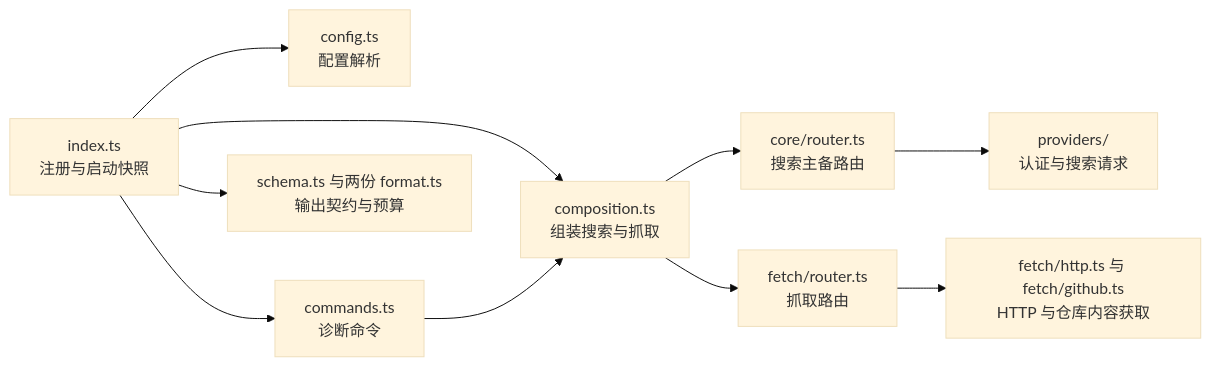
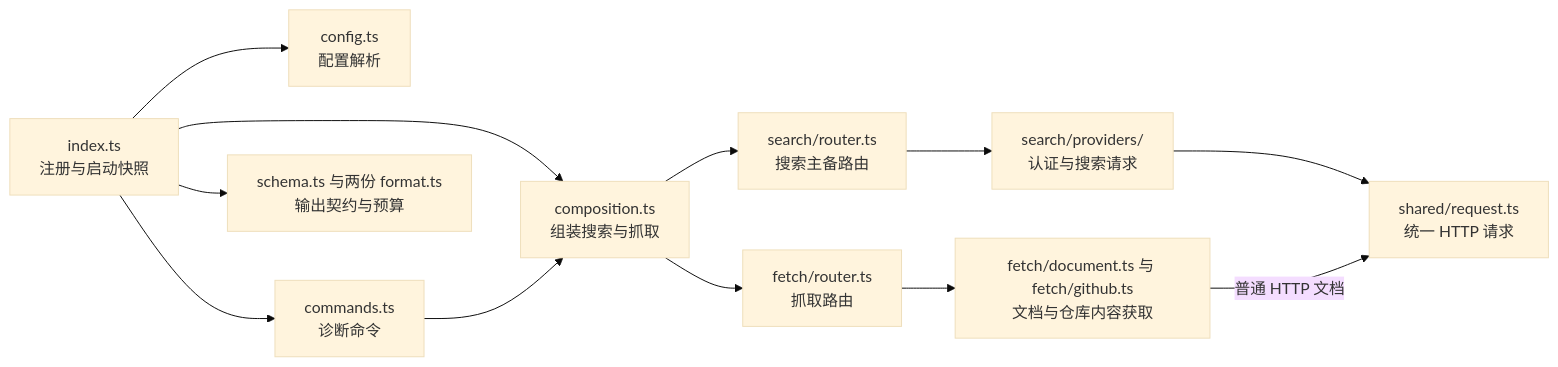
Before and after one commit to aqua2k1/pi-kits: the first of 3 diagrams in extensions/pi-web-kits/docs/architecture.md, drawn with Mermaid (base theme). The commit also changed other lines of this file and 45 other files, not shown here.

Commit message:
refactor(web-kits): unify HTTP requests and organize search modules

````diff
--- a/extensions/pi-web-kits/docs/architecture.md
+++ b/extensions/pi-web-kits/docs/architecture.md
@@ -7,12 +7,14 @@
 ```mermaid
 flowchart LR
   entry["index.ts<br/>注册与启动快照"] --> config["config.ts<br/>配置解析"]
   entry --> commands["commands.ts<br/>诊断命令"]
   entry --> composition["composition.ts<br/>组装搜索与抓取"]
   commands --> composition
-  composition --> search["core/router.ts<br/>搜索主备路由"]
+  composition --> search["search/router.ts<br/>搜索主备路由"]
   composition --> fetch["fetch/router.ts<br/>抓取路由"]
-  search --> providers["providers/<br/>认证与搜索请求"]
-  fetch --> handlers["fetch/http.ts 与 fetch/github.ts<br/>HTTP 与仓库内容获取"]
+  search --> providers["search/providers/<br/>认证与搜索请求"]
+  fetch --> handlers["fetch/document.ts 与 fetch/github.ts<br/>文档与仓库内容获取"]
+  providers --> transport["shared/request.ts<br/>统一 HTTP 请求"]
+  handlers -->|普通 HTTP 文档| transport
   entry --> output["schema.ts 与两份 format.ts<br/>输出契约与预算"]
 ```
````
